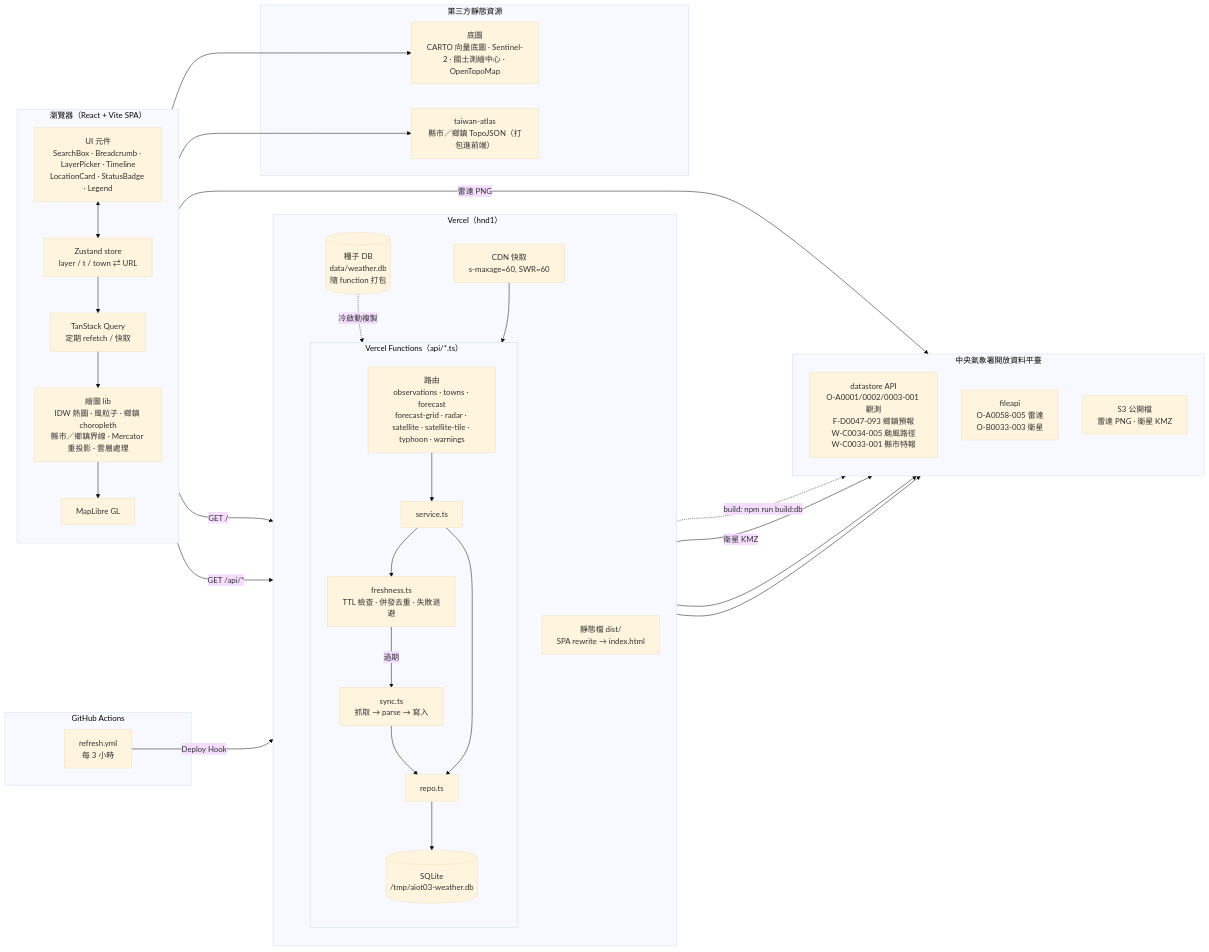
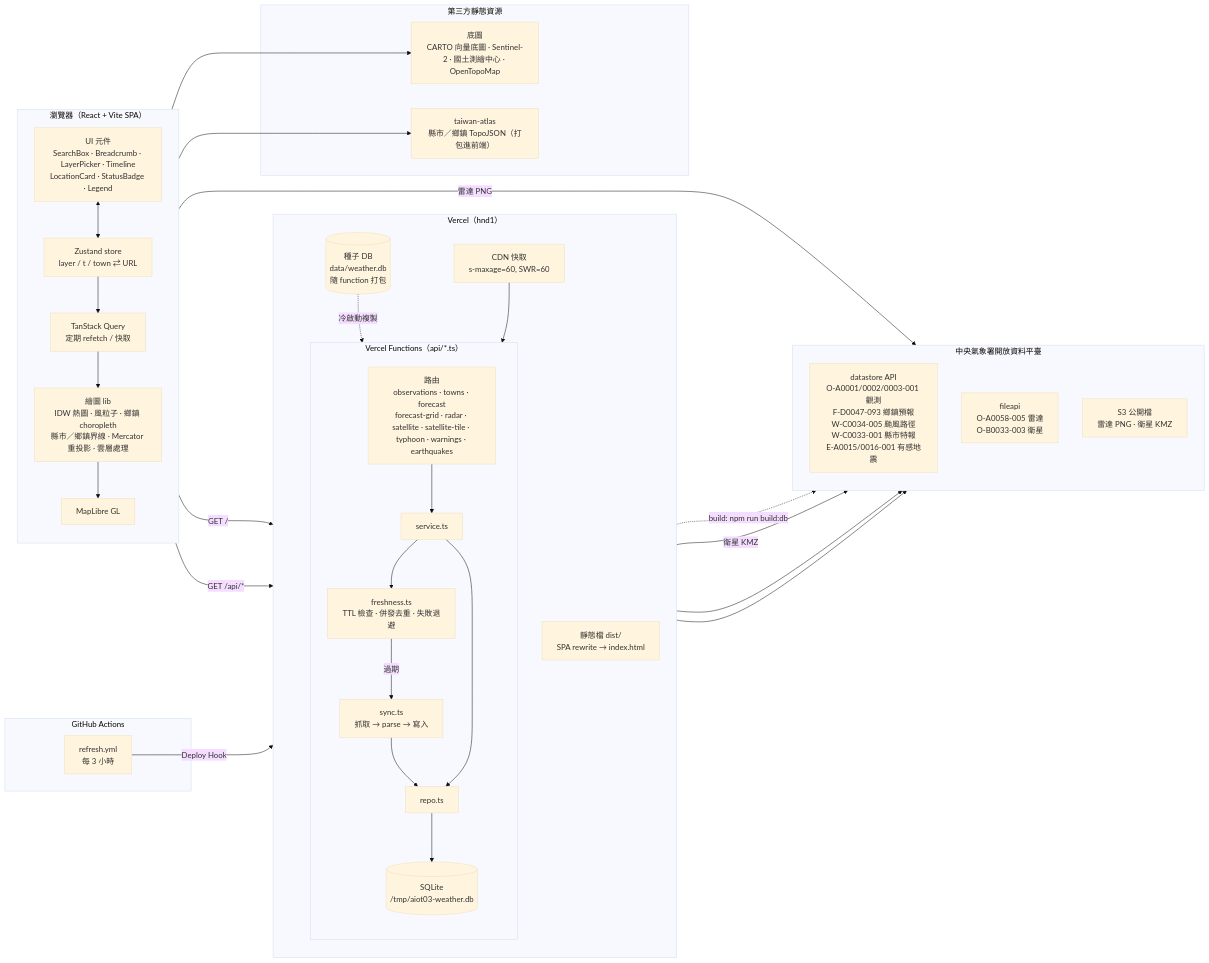
One commit to anjyuelee/aiot03 changed the first of 3 diagrams in README.md. Above: the diagram before and after it, drawn with Mermaid (base theme). The commit also changed other lines of this file and 1 other file, not shown here.

````diff
--- a/README.md
+++ b/README.md
@@ -49,62 +54,62 @@
 ```mermaid
 flowchart LR
   subgraph Browser["瀏覽器（React + Vite SPA）"]
     direction TB
     UI["UI 元件<br/>SearchBox · Breadcrumb · LayerPicker · Timeline<br/>LocationCard · StatusBadge · Legend"]
     Store["Zustand store<br/>layer / t / town ⇄ URL"]
     Query["TanStack Query<br/>定期 refetch / 快取"]
     Render["繪圖 lib<br/>IDW 熱圖 · 風粒子 · 鄉鎮 choropleth<br/>縣市／鄉鎮界線 · Mercator 重投影 · 雲層處理"]
     Map["MapLibre GL"]
     UI <--> Store
     Store --> Query
     Query --> Render --> Map
   end
 
   subgraph Vercel["Vercel（hnd1）"]
     direction TB
     Static["靜態檔 dist/<br/>SPA rewrite → index.html"]
     CDN["CDN 快取<br/>s-maxage=60, SWR=60"]
     subgraph Fn["Vercel Functions（api/*.ts）"]
       direction TB
-      API["路由<br/>observations · towns · forecast<br/>forecast-grid · radar · satellite · satellite-tile · typhoon · warnings"]
+      API["路由<br/>observations · towns · forecast<br/>forecast-grid · radar · satellite · satellite-tile · typhoon · warnings · earthquakes"]
       Service["service.ts"]
       Fresh["freshness.ts<br/>TTL 檢查 · 併發去重 · 失敗退避"]
       Sync["sync.ts<br/>抓取 → parse → 寫入"]
       Repo["repo.ts"]
       TmpDB[("SQLite<br/>/tmp/aiot03-weather.db")]
       API --> Service --> Fresh
       Fresh -- 過期 --> Sync --> Repo
       Service --> Repo --> TmpDB
     end
     Seed[("種子 DB<br/>data/weather.db<br/>隨 function 打包")]
     Seed -. 冷啟動複製 .-> TmpDB
     CDN --> API
   end
 
   subgraph CWA["中央氣象署開放資料平臺"]
     direction TB
-    DS["datastore API<br/>O-A0001/0002/0003-001 觀測<br/>F-D0047-093 鄉鎮預報<br/>W-C0034-005 颱風路徑<br/>W-C0033-001 縣市特報"]
+    DS["datastore API<br/>O-A0001/0002/0003-001 觀測<br/>F-D0047-093 鄉鎮預報<br/>W-C0034-005 颱風路徑<br/>W-C0033-001 縣市特報<br/>E-A0015/0016-001 有感地震"]
     FA["fileapi<br/>O-A0058-005 雷達<br/>O-B0033-003 衛星"]
     S3["S3 公開檔<br/>雷達 PNG · 衛星 KMZ"]
   end
 
   subgraph Ext["第三方靜態資源"]
     Carto["底圖<br/>CARTO 向量底圖 · Sentinel-2 · 國土測繪中心 · OpenTopoMap"]
     Atlas["taiwan-atlas<br/>縣市／鄉鎮 TopoJSON（打包進前端）"]
   end
 
   subgraph CI["GitHub Actions"]
     Cron["refresh.yml<br/>每 3 小時"]
   end
 
   Browser -- "GET /" --> Static
   Query -- "GET /api/*" --> CDN
   Map --> Carto
   Render --> Atlas
   Render -- "雷達 PNG" --> S3
   Sync --> DS
   Sync --> FA
   Sync -- "衛星 KMZ" --> S3
   Cron -- "Deploy Hook" --> Vercel
   Vercel -. "build: npm run build:db" .-> CWA
 ```
````
